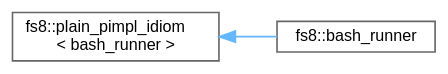
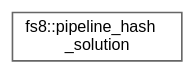
Before and after one commit to the-moisrex/foresight: the diagram in api/inherit_graph_105.dot, drawn with Graphviz. The commit also changed 175 other files, not shown here.

```diff
--- a/api/inherit_graph_105.dot
+++ b/api/inherit_graph_105.dot
@@ -1,11 +1,9 @@
 digraph "Graphical Class Hierarchy"
 {
  // LATEX_PDF_SIZE
   bgcolor="transparent";
   edge [fontname=Helvetica,fontsize=10,labelfontname=Helvetica,labelfontsize=10];
   node [fontname=Helvetica,fontsize=10,shape=box,height=0.2,width=0.4];
   rankdir="LR";
-  Node0 [id="Node000000",label="fs8::plain_pimpl_idiom\l\< bash_runner \>",height=0.2,width=0.4,color="grey40", fillcolor="white", style="filled",URL="$structfs8_1_1plain__pimpl__idiom.html",tooltip=" "];
-  Node0 -> Node1 [id="edge128_Node000000_Node000001",dir="back",color="steelblue1",style="solid",tooltip=" "];
-  Node1 [id="Node000001",label="fs8::bash_runner",height=0.2,width=0.4,color="grey40", fillcolor="white", style="filled",URL="$structfs8_1_1bash__runner.html",tooltip=" "];
+  Node0 [id="Node000000",label="fs8::pipeline_hash\l_solution",height=0.2,width=0.4,color="grey40", fillcolor="white", style="filled",URL="$structfs8_1_1pipeline__hash__solution.html",tooltip="Hash the pipeline's mod types via their typeid().name()."];
 }
```
